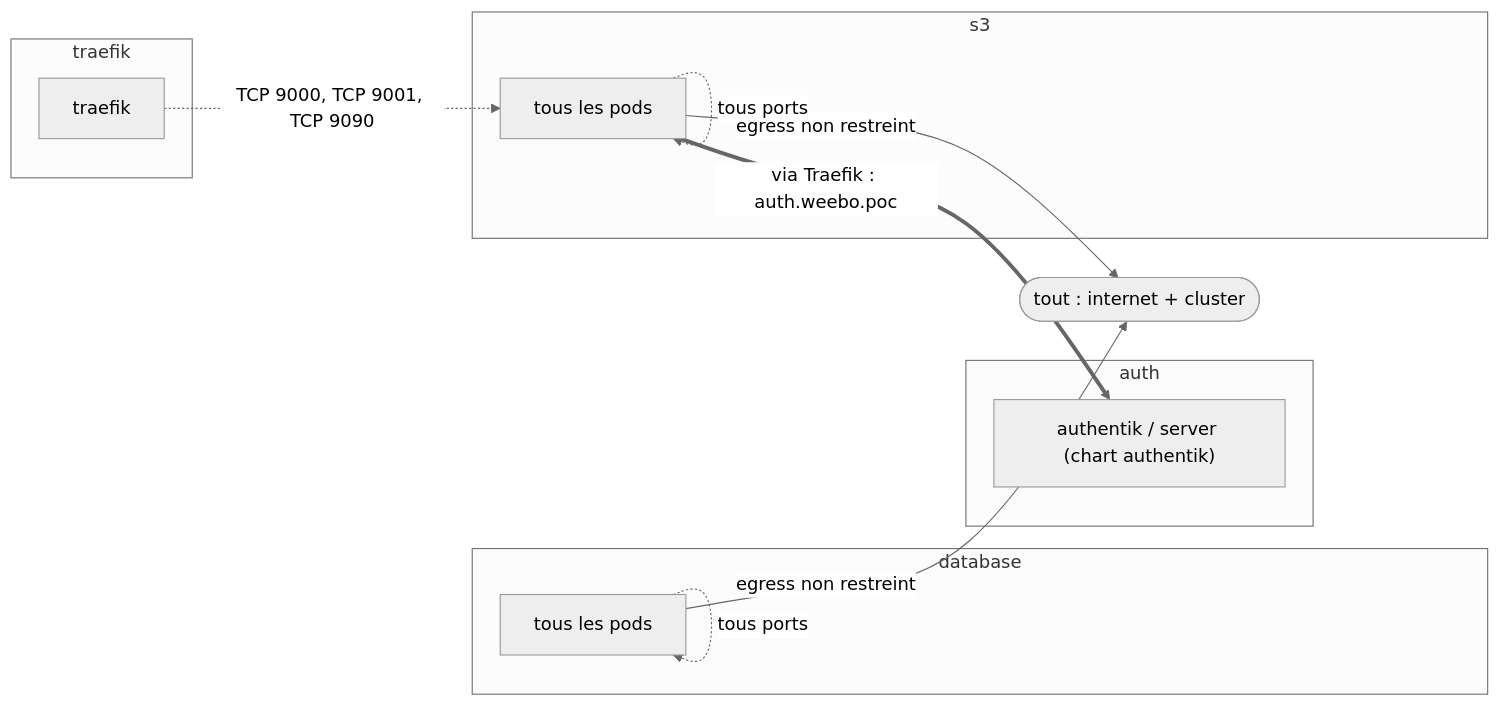
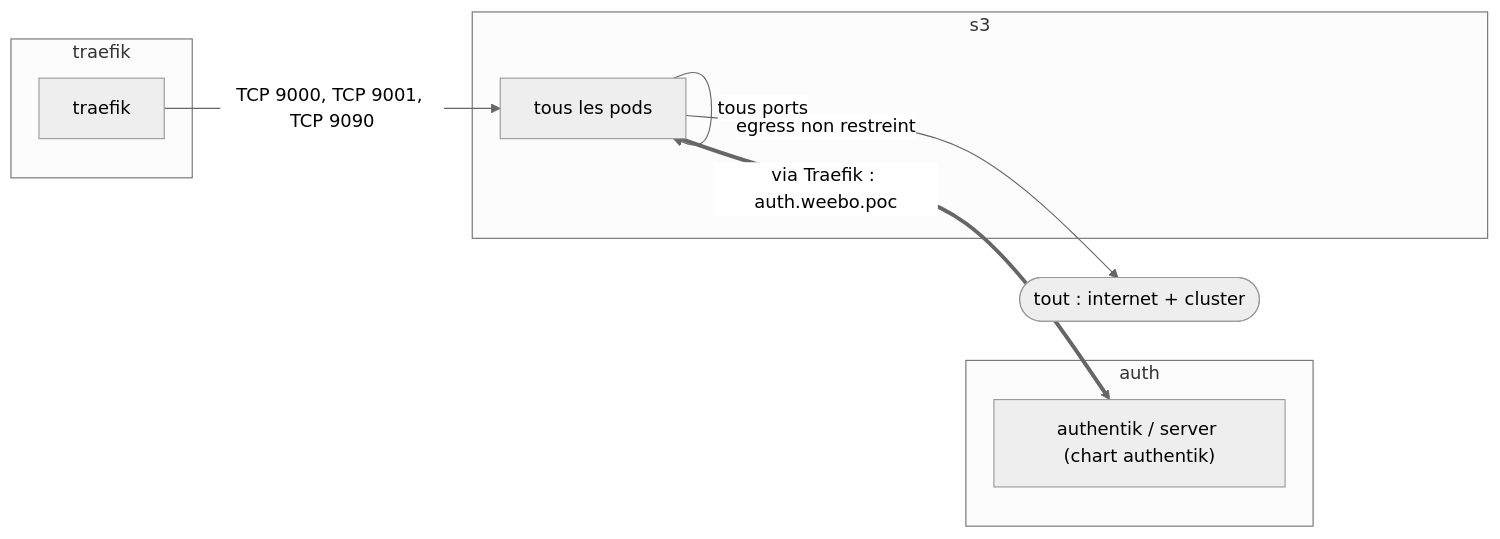
The first of 2 diagrams in 0.docs/content/docs/security/network-flows/database.mdx (batleforc/weebo-si), drawn with Mermaid (neutral theme) before and after one commit. The commit also changed other lines of this file and 9 other files, not shown here.

````diff
--- a/0.docs/content/docs/security/network-flows/database.mdx
+++ b/0.docs/content/docs/security/network-flows/database.mdx
@@ -22,22 +22,17 @@
 ```mermaid
 flowchart LR
   n_entity_open_f65d5d(["tout : internet + cluster"])
   subgraph ns_auth["auth"]
     n_ns_auth_3aba95["authentik / server (chart authentik)"]
-  end
-  subgraph ns_database["database"]
-    n_ns_database_47a91f["tous les pods"]
   end
   subgraph ns_s3["s3"]
     n_ns_s3_0ff49c["tous les pods"]
   end
   subgraph ns_traefik["traefik"]
     n_ns_traefik_d50a8d["traefik"]
   end
-  n_ns_database_47a91f -->|"egress non restreint"| n_entity_open_f65d5d
-  n_ns_database_47a91f -.->|"tous ports"| n_ns_database_47a91f
   n_ns_s3_0ff49c -->|"egress non restreint"| n_entity_open_f65d5d
   n_ns_s3_0ff49c ==>|"via Traefik : auth.weebo.poc"| n_ns_auth_3aba95
-  n_ns_s3_0ff49c -.->|"tous ports"| n_ns_s3_0ff49c
-  n_ns_traefik_d50a8d -.->|"TCP 9000, TCP 9001, TCP 9090"| n_ns_s3_0ff49c
+  n_ns_s3_0ff49c -->|"tous ports"| n_ns_s3_0ff49c
+  n_ns_traefik_d50a8d -->|"TCP 9000, TCP 9001, TCP 9090"| n_ns_s3_0ff49c
 ```
````
